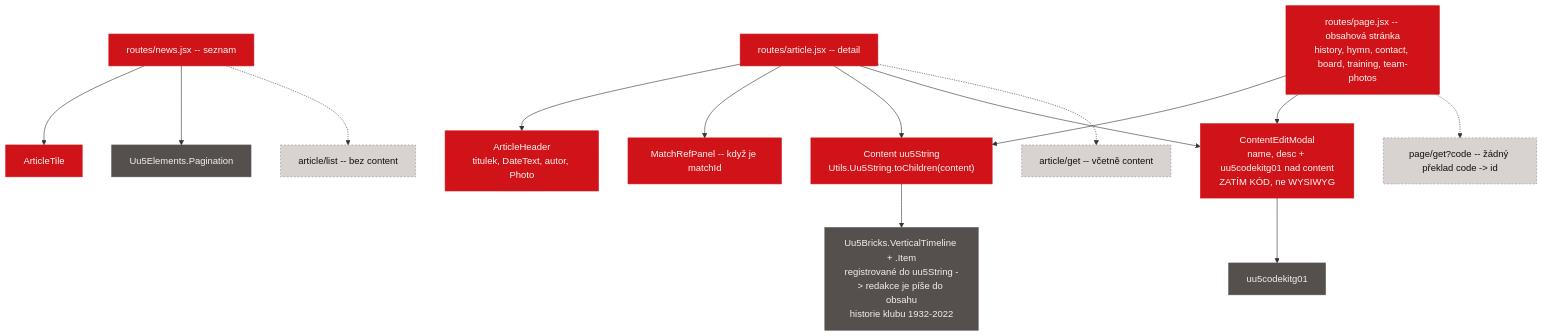
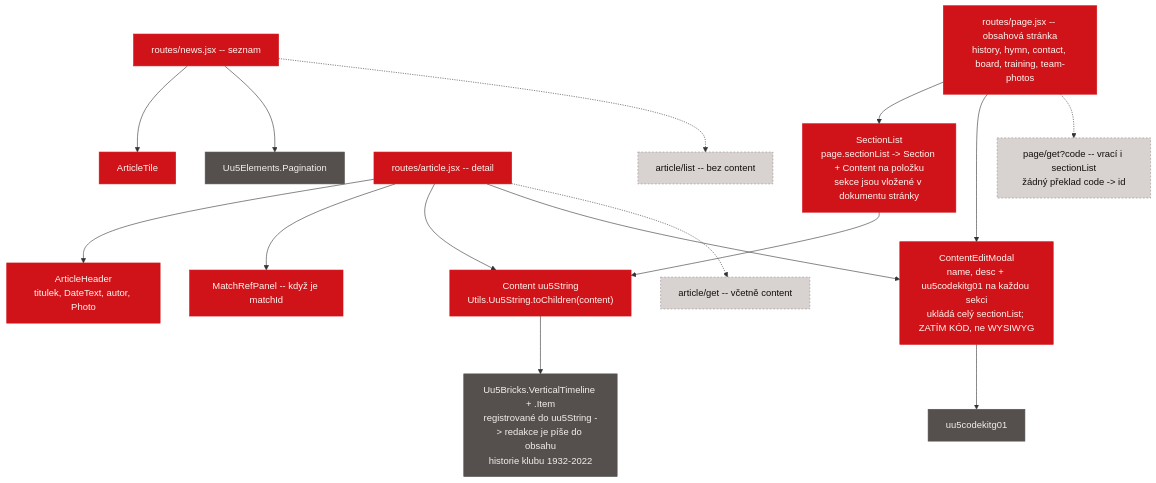
The eighth of 10 diagrams in design/component-tree.md (capo00/afkbratcice), drawn with Mermaid before and after one commit. The commit also changed other lines of this file and 5 other files, not shown here.

First line of the commit message:
docs(design): stránka má sectionList, perex je vždy samostatný desc

````diff
--- a/design/component-tree.md
+++ b/design/component-tree.md
@@ -352,37 +352,38 @@
 ```mermaid
 flowchart TD
   news["routes/news.jsx -- seznam"]:::own
   pag["Uu5Elements.Pagination"]:::uu5
   atile["ArticleTile"]:::own
 
   art["routes/article.jsx -- detail"]:::own
   ahead["ArticleHeader<br/>titulek, DateText, autor, Photo"]:::own
   mref["MatchRefPanel -- když je matchId"]:::own
   content["Content uu5String<br/>Utils.Uu5String.toChildren(content)"]:::own
+  seclist["SectionList<br/>page.sectionList -> Section + Content na položku<br/>sekce jsou vložené v dokumentu stránky"]:::own
 
   page["routes/page.jsx -- obsahová stránka<br/>history, hymn, contact, board, training, team-photos"]:::own
-  edit["ContentEditModal<br/>name, desc + uu5codekitg01 nad content<br/>ZATÍM KÓD, ne WYSIWYG"]:::own
+  edit["ContentEditModal<br/>name, desc + uu5codekitg01 na každou sekci<br/>ukládá celý sectionList; ZATÍM KÓD, ne WYSIWYG"]:::own
   ck["uu5codekitg01"]:::uu5
   tl["Uu5Bricks.VerticalTimeline + .Item<br/>registrované do uu5String -> redakce je píše do obsahu<br/>historie klubu 1932-2022"]:::uu5
 
   d1["article/list -- bez content"]:::data
   d2["article/get -- včetně content"]:::data
-  d3["page/get?code -- žádný překlad code -> id"]:::data
+  d3["page/get?code -- vrací i sectionList<br/>žádný překlad code -> id"]:::data
 
   news --> atile
   news --> pag
   news -.-> d1
   art --> ahead & mref & content
   art --> edit
   art -.-> d2
-  page --> content
+  page --> seclist --> content
   page --> edit
   page -.-> d3
   edit --> ck
   content --> tl
 
   classDef own fill:#D01319,color:#FEF7F2,stroke:#D01319
   classDef caio fill:#2A1B19,color:#F3EFED,stroke:#2A1B19
   classDef uu5 fill:#55504E,color:#F3EFED,stroke:#55504E
   classDef data fill:#D8D2D0,color:#120D0C,stroke:#99908E,stroke-dasharray:3 3
 ```
````
